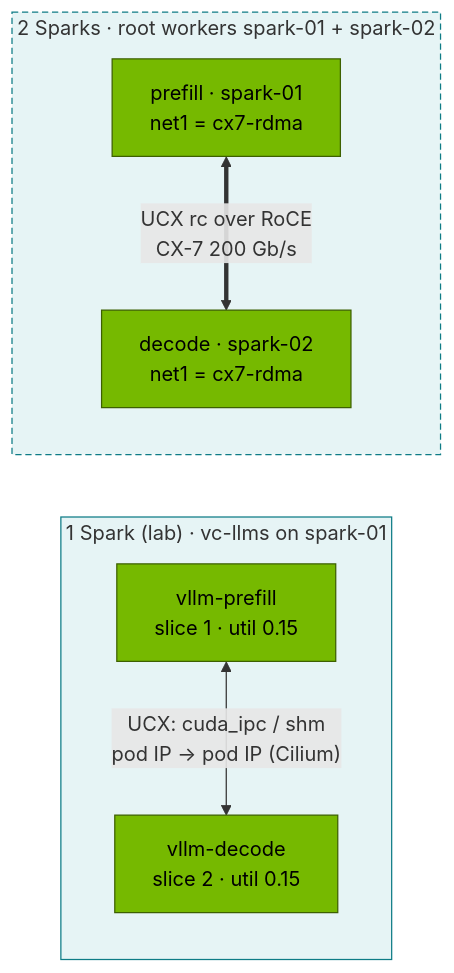
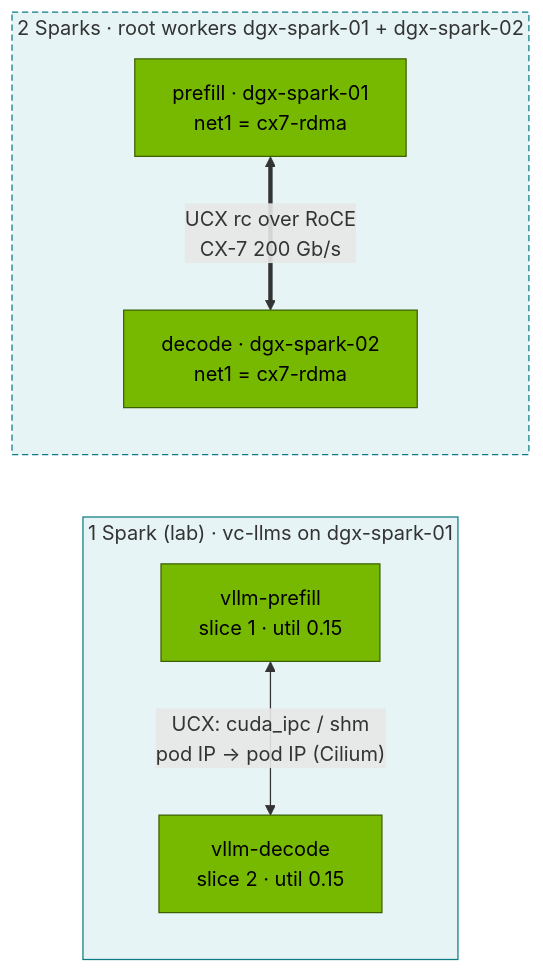
The second of 2 diagrams in 02 Kubernetes/24-disaggregated-prefill-and-decode-serving.md (cloudone365/technical-depth), drawn with Mermaid before and after one commit. The commit also changed other lines of this file and 88 other files, not shown here.

First line of the commit message:
Rename the Spark hosts to dgx-spark-01 / dgx-spark-02

````diff
--- a/02 Kubernetes/24-disaggregated-prefill-and-decode-serving.md
+++ b/02 Kubernetes/24-disaggregated-prefill-and-decode-serving.md
@@ -57,13 +57,13 @@
 ```mermaid
 flowchart LR
-  subgraph ONE["1 Spark (lab) · vc-llms on spark-01"]
+  subgraph ONE["1 Spark (lab) · vc-llms on dgx-spark-01"]
     P1["vllm-prefill<br/>slice 1 · util 0.15"] <-->|"UCX: cuda_ipc / shm<br/>pod IP → pod IP (Cilium)"| D1["vllm-decode<br/>slice 2 · util 0.15"]
   end
-  subgraph TWO["2 Sparks · root workers spark-01 + spark-02"]
-    P2["prefill · spark-01<br/>net1 = cx7-rdma"] <==>|"UCX rc over RoCE<br/>CX-7 200 Gb/s"| D2["decode · spark-02<br/>net1 = cx7-rdma"]
+  subgraph TWO["2 Sparks · root workers dgx-spark-01 + dgx-spark-02"]
+    P2["prefill · dgx-spark-01<br/>net1 = cx7-rdma"] <==>|"UCX rc over RoCE<br/>CX-7 200 Gb/s"| D2["decode · dgx-spark-02<br/>net1 = cx7-rdma"]
   end
   classDef gpu fill:#76b900,stroke:#3d6000,color:#000
   class P1,D1,P2,D2 gpu
   style ONE fill:#e6f4f5,stroke:#0e7c86
   style TWO fill:#e6f4f5,stroke:#0e7c86,stroke-dasharray:5 3
 ```
````
